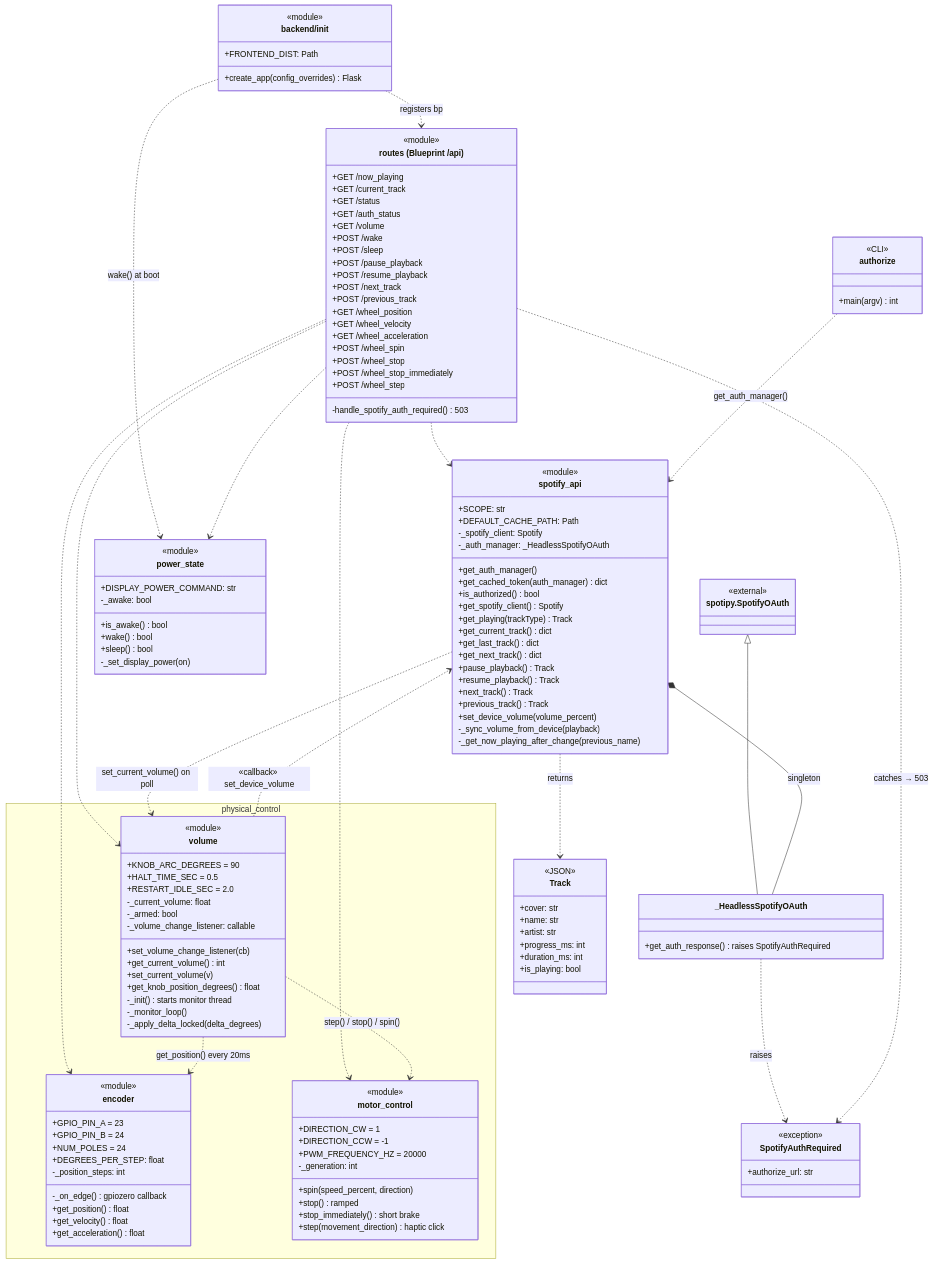
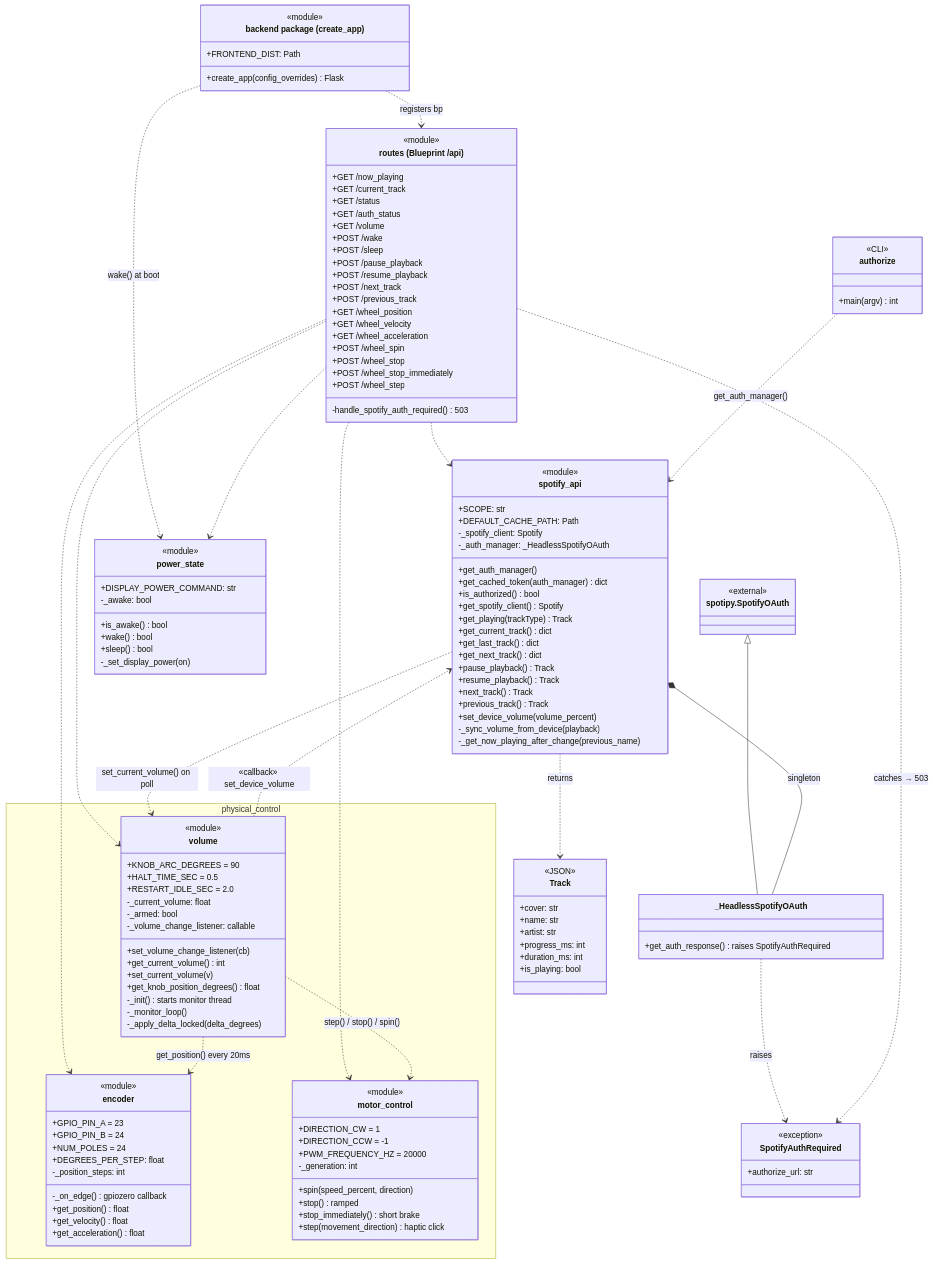
The second of 5 diagrams in ARCHITECTURE.md (ryan01989/spotifyHome), drawn with Mermaid before and after one commit. The commit also changed other lines of this file and 1 other file, not shown here.

```diff
--- a/ARCHITECTURE.md
+++ b/ARCHITECTURE.md
@@ -73,7 +73,7 @@
 classDiagram
   direction TB
 
-  class app_factory["backend/__init__"] {
+  class app_factory["backend package (create_app)"] {
     <<module>>
     +FRONTEND_DIST: Path
     +create_app(config_overrides) Flask
```
